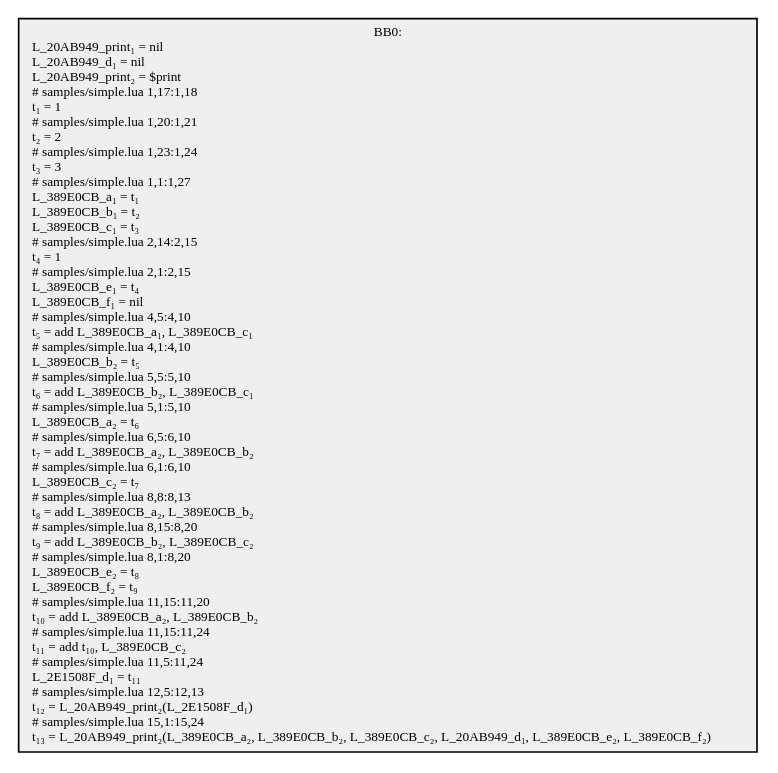
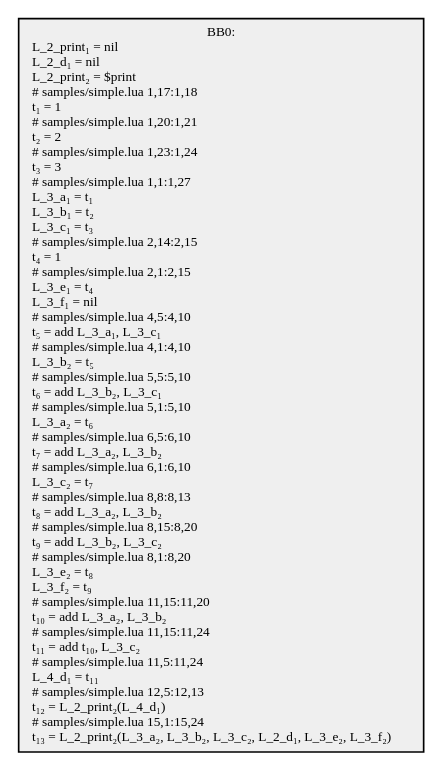
The diagram in src/SimpleCompiler.Cli/samples/obj/simple.1.dot (GGG-KILLER/SimpleCompiler), drawn with Graphviz before and after one commit. The commit also changed 27 other files, not shown here.

```diff
--- a/src/SimpleCompiler.Cli/samples/obj/simple.1.dot
+++ b/src/SimpleCompiler.Cli/samples/obj/simple.1.dot
@@ -1,5 +1,5 @@
 digraph {
   node[shape=box style=filled fontsize=8 fontname="Cascadia Code" fillcolor="#efefef"];
-  BB0 [label="BB0:\nL_20AB949_print₁ = nil\lL_20AB949_d₁ = nil\lL_20AB949_print₂ = $print\l# samples/simple.lua 1,17:1,18\lt₁ = 1\l# samples/simple.lua 1,20:1,21\lt₂ = 2\l# samples/simple.lua 1,23:1,24\lt₃ = 3\l# samples/simple.lua 1,1:1,27\lL_389E0CB_a₁ = t₁\lL_389E0CB_b₁ = t₂\lL_389E0CB_c₁ = t₃\l# samples/simple.lua 2,14:2,15\lt₄ = 1\l# samples/simple.lua 2,1:2,15\lL_389E0CB_e₁ = t₄\lL_389E0CB_f₁ = nil\l# samples/simple.lua 4,5:4,10\lt₅ = add L_389E0CB_a₁, L_389E0CB_c₁\l# samples/simple.lua 4,1:4,10\lL_389E0CB_b₂ = t₅\l# samples/simple.lua 5,5:5,10\lt₆ = add L_389E0CB_b₂, L_389E0CB_c₁\l# samples/simple.lua 5,1:5,10\lL_389E0CB_a₂ = t₆\l# samples/simple.lua 6,5:6,10\lt₇ = add L_389E0CB_a₂, L_389E0CB_b₂\l# samples/simple.lua 6,1:6,10\lL_389E0CB_c₂ = t₇\l# samples/simple.lua 8,8:8,13\lt₈ = add L_389E0CB_a₂, L_389E0CB_b₂\l# samples/simple.lua 8,15:8,20\lt₉ = add L_389E0CB_b₂, L_389E0CB_c₂\l# samples/simple.lua 8,1:8,20\lL_389E0CB_e₂ = t₈\lL_389E0CB_f₂ = t₉\l# samples/simple.lua 11,15:11,20\lt₁₀ = add L_389E0CB_a₂, L_389E0CB_b₂\l# samples/simple.lua 11,15:11,24\lt₁₁ = add t₁₀, L_389E0CB_c₂\l# samples/simple.lua 11,5:11,24\lL_2E1508F_d₁ = t₁₁\l# samples/simple.lua 12,5:12,13\lt₁₂ = L_20AB949_print₂(L_2E1508F_d₁)\l# samples/simple.lua 15,1:15,24\lt₁₃ = L_20AB949_print₂(L_389E0CB_a₂, L_389E0CB_b₂, L_389E0CB_c₂, L_20AB949_d₁, L_389E0CB_e₂, L_389E0CB_f₂)\l"];
+  BB0 [label="BB0:\nL_2_print₁ = nil\lL_2_d₁ = nil\lL_2_print₂ = $print\l# samples/simple.lua 1,17:1,18\lt₁ = 1\l# samples/simple.lua 1,20:1,21\lt₂ = 2\l# samples/simple.lua 1,23:1,24\lt₃ = 3\l# samples/simple.lua 1,1:1,27\lL_3_a₁ = t₁\lL_3_b₁ = t₂\lL_3_c₁ = t₃\l# samples/simple.lua 2,14:2,15\lt₄ = 1\l# samples/simple.lua 2,1:2,15\lL_3_e₁ = t₄\lL_3_f₁ = nil\l# samples/simple.lua 4,5:4,10\lt₅ = add L_3_a₁, L_3_c₁\l# samples/simple.lua 4,1:4,10\lL_3_b₂ = t₅\l# samples/simple.lua 5,5:5,10\lt₆ = add L_3_b₂, L_3_c₁\l# samples/simple.lua 5,1:5,10\lL_3_a₂ = t₆\l# samples/simple.lua 6,5:6,10\lt₇ = add L_3_a₂, L_3_b₂\l# samples/simple.lua 6,1:6,10\lL_3_c₂ = t₇\l# samples/simple.lua 8,8:8,13\lt₈ = add L_3_a₂, L_3_b₂\l# samples/simple.lua 8,15:8,20\lt₉ = add L_3_b₂, L_3_c₂\l# samples/simple.lua 8,1:8,20\lL_3_e₂ = t₈\lL_3_f₂ = t₉\l# samples/simple.lua 11,15:11,20\lt₁₀ = add L_3_a₂, L_3_b₂\l# samples/simple.lua 11,15:11,24\lt₁₁ = add t₁₀, L_3_c₂\l# samples/simple.lua 11,5:11,24\lL_4_d₁ = t₁₁\l# samples/simple.lua 12,5:12,13\lt₁₂ = L_2_print₂(L_4_d₁)\l# samples/simple.lua 15,1:15,24\lt₁₃ = L_2_print₂(L_3_a₂, L_3_b₂, L_3_c₂, L_2_d₁, L_3_e₂, L_3_f₂)\l"];
 
 }
```
